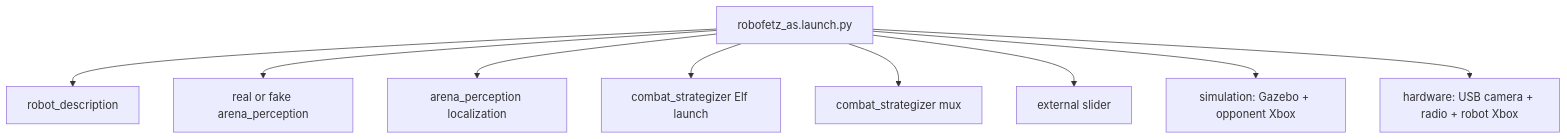
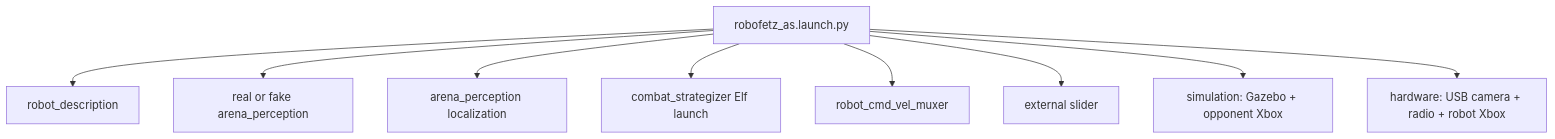
Before and after one commit to eubotx/robofetz_as: the diagram in docs/packages/robot_bringup.md, drawn with Mermaid. The commit also changed other lines of this file and 17 other files, not shown here.

````diff
--- a/docs/packages/robot_bringup.md
+++ b/docs/packages/robot_bringup.md
@@ -61,11 +82,11 @@
 ```mermaid
 flowchart TD
   Root[robofetz_as.launch.py] --> Description[robot_description]
   Root --> Perception[real or fake arena_perception]
   Root --> Localization[arena_perception localization]
   Root --> Elf[combat_strategizer Elf launch]
-  Root --> Mux[combat_strategizer mux]
+  Root --> Mux["robot_cmd_vel_muxer"]
   Root --> Slider[external slider]
   Root --> Sim[simulation: Gazebo + opponent Xbox]
   Root --> HW[hardware: USB camera + radio + robot Xbox]
 ```
````
